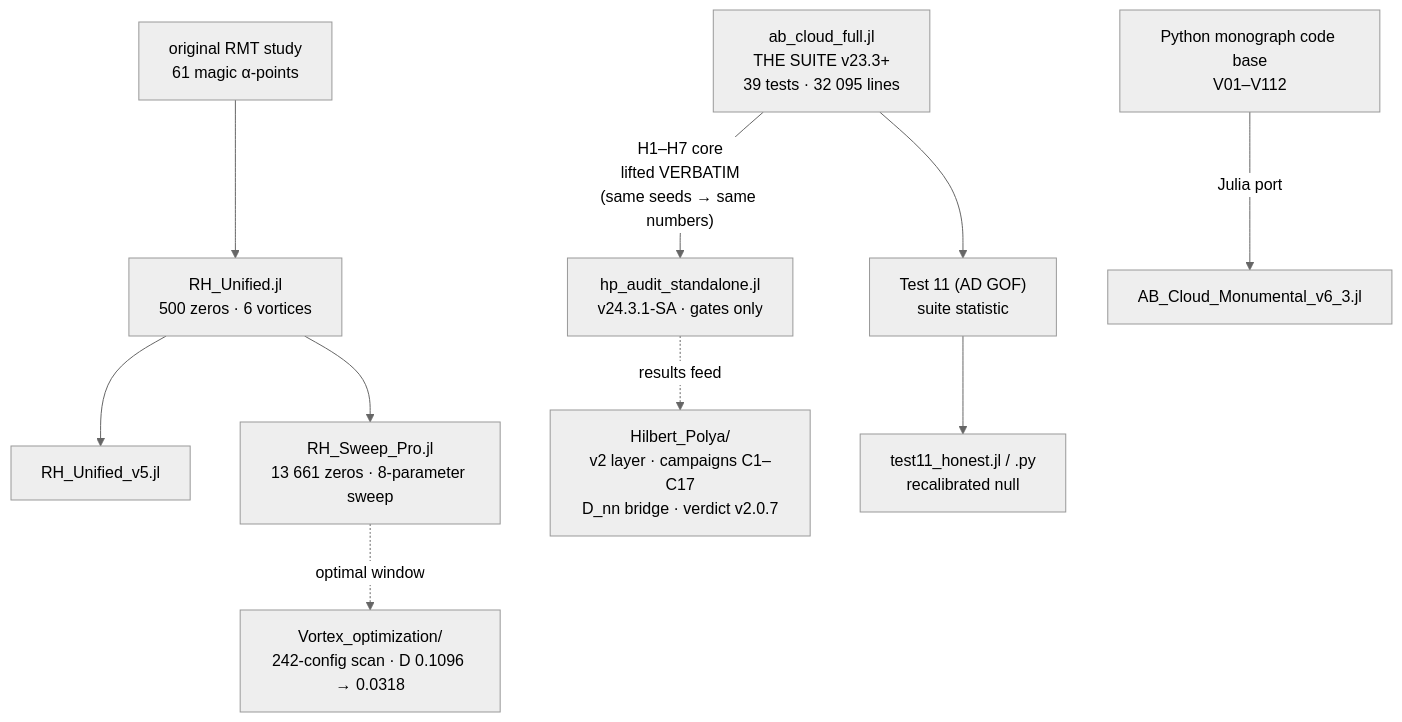
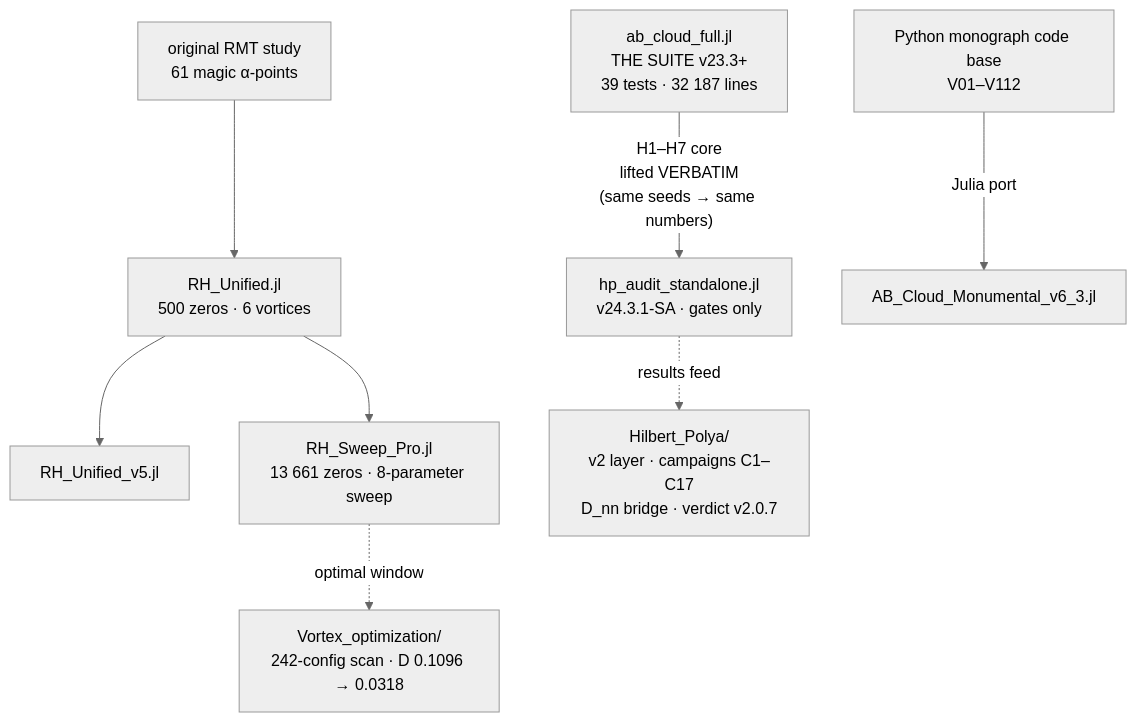
One commit to wild8highlander/ab-cloud-research changed the second of 2 diagrams in meridian-spectral-observatory/README.md. Above: the diagram before and after it, drawn with Mermaid (neutral theme). The commit also changed other lines of this file and 298 other files, not shown here.

````diff
--- a/meridian-spectral-observatory/README.md
+++ b/meridian-spectral-observatory/README.md
@@ -195,12 +191,10 @@
 ```mermaid
 flowchart TD
     ORIG["original RMT study<br/>61 magic α-points"] --> RHU["RH_Unified.jl<br/>500 zeros · 6 vortices"]
     RHU --> RHU5["RH_Unified_v5.jl"]
     RHU --> RHSP["RH_Sweep_Pro.jl<br/>13 661 zeros · 8-parameter sweep"]
-    SUITE["ab_cloud_full.jl<br/>THE SUITE v23.3+<br/>39 tests · 32 095 lines"] -- "H1–H7 core<br/>lifted VERBATIM<br/>(same seeds → same numbers)" --> HPA["hp_audit_standalone.jl<br/>v24.3.1-SA · gates only"]
+    SUITE["ab_cloud_full.jl<br/>THE SUITE v23.3+<br/>39 tests · 32 187 lines"] -- "H1–H7 core<br/>lifted VERBATIM<br/>(same seeds → same numbers)" --> HPA["hp_audit_standalone.jl<br/>v24.3.1-SA · gates only"]
     PYMON["Python monograph code base<br/>V01–V112"] -- "Julia port" --> MON["AB_Cloud_Monumental_v6_3.jl"]
-    T11["Test 11 (AD GOF)<br/>suite statistic"] --> T11H["test11_honest.jl / .py<br/>recalibrated null"]
-    SUITE --> T11
     HPA -. "results feed" .-> HP["Hilbert_Polya/<br/>v2 layer · campaigns C1–C17<br/>D_nn bridge · verdict v2.0.7"]
     RHSP -. "optimal window" .-> VOR["Vortex_optimization/<br/>242-config scan · D 0.1096 → 0.0318"]
 ```
````
